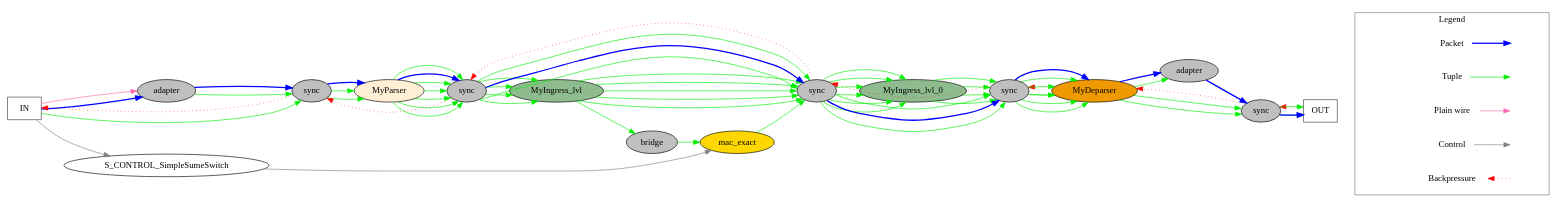
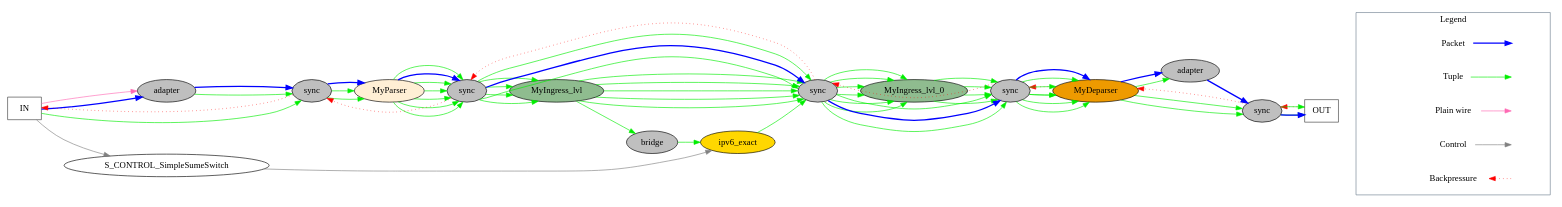
The diagram in nf_sume_sdnet_ip/SimpleSumeSwitch/SimpleSumeSwitch_0_elaborated.dot (guimvmatos/srv6Project_NetFPGA), drawn with Graphviz before and after one commit. The commit also changed 496 other files, not shown here.

```diff
--- a/nf_sume_sdnet_ip/SimpleSumeSwitch/SimpleSumeSwitch_0_elaborated.dot
+++ b/nf_sume_sdnet_ip/SimpleSumeSwitch/SimpleSumeSwitch_0_elaborated.dot
@@ -1,119 +1,119 @@
 digraph SimpleSumeSwitch {
 rankdir = LR;
 _IN_[label = "IN", shape=box, color = gray24,  fontname="times:italic"  ];
 _OUT_[label = "OUT", shape=box, color = gray24,  fontname="times:italic"  ];
 MyParser[style = filled, fillcolor = papayawhip ];
 MyIngress_lvl[style = filled, fillcolor = darkseagreen ];
-mac_exact[style = filled, fillcolor = gold ];
+ipv6_exact[style = filled, fillcolor = gold ];
 MyIngress_lvl_0[style = filled, fillcolor = darkseagreen ];
 MyDeparser[style = filled, fillcolor = orange2 ];
-S_BRIDGER_for_mac_exact_tuple_in_request[label = "bridge", style = filled, fillcolor=gray75 ];
+S_BRIDGER_for_ipv6_exact_tuple_in_request[label = "bridge", style = filled, fillcolor=gray75 ];
 S_PROTOCOL_ADAPTER_INGRESS[label = "adapter", style = filled, fillcolor=gray75 ];
 S_PROTOCOL_ADAPTER_EGRESS[label = "adapter", style = filled, fillcolor=gray75 ];
 S_SYNCER_for_MyParser[label = "sync", style = filled, fillcolor=gray75 ];
 S_SYNCER_for_S_SYNCER_for_S_SYNCER_for_MyDeparser[label = "sync", style = filled, fillcolor=gray75 ];
 S_SYNCER_for_S_SYNCER_for_MyDeparser[label = "sync", style = filled, fillcolor=gray75 ];
 S_SYNCER_for_MyDeparser[label = "sync", style = filled, fillcolor=gray75 ];
 S_SYNCER_for__OUT_[label = "sync", style = filled, fillcolor=gray75 ];
-MyIngress_lvl -> S_BRIDGER_for_mac_exact_tuple_in_request [color=green2] ;
-S_BRIDGER_for_mac_exact_tuple_in_request -> mac_exact [color=green2] ;
+MyIngress_lvl -> S_BRIDGER_for_ipv6_exact_tuple_in_request [color=green2] ;
+S_BRIDGER_for_ipv6_exact_tuple_in_request -> ipv6_exact [color=green2] ;
 _IN_ -> S_PROTOCOL_ADAPTER_INGRESS [color=blue, style = bold] ;
 MyDeparser -> S_PROTOCOL_ADAPTER_EGRESS [color=green2] ;
 MyDeparser -> S_PROTOCOL_ADAPTER_EGRESS [color=blue, style = bold] ;
 _IN_ -> S_SYNCER_for_MyParser [color=green2] ;
 S_SYNCER_for_MyParser -> MyParser [color=green2] ;
 S_PROTOCOL_ADAPTER_INGRESS -> S_SYNCER_for_MyParser [color=green2] ;
 S_SYNCER_for_MyParser -> MyParser [color=green2] ;
 S_PROTOCOL_ADAPTER_INGRESS -> S_SYNCER_for_MyParser [color=blue, style = bold] ;
 S_SYNCER_for_MyParser -> MyParser [color=blue, style = bold] ;
 MyParser -> S_SYNCER_for_S_SYNCER_for_S_SYNCER_for_MyDeparser [color=green2] ;
 S_SYNCER_for_S_SYNCER_for_S_SYNCER_for_MyDeparser -> MyIngress_lvl [color=green2] ;
 MyParser -> S_SYNCER_for_S_SYNCER_for_S_SYNCER_for_MyDeparser [color=green2] ;
 S_SYNCER_for_S_SYNCER_for_S_SYNCER_for_MyDeparser -> MyIngress_lvl [color=green2] ;
 MyParser -> S_SYNCER_for_S_SYNCER_for_S_SYNCER_for_MyDeparser [color=green2] ;
 S_SYNCER_for_S_SYNCER_for_S_SYNCER_for_MyDeparser -> MyIngress_lvl [color=green2] ;
 MyParser -> S_SYNCER_for_S_SYNCER_for_S_SYNCER_for_MyDeparser [color=green2] ;
 S_SYNCER_for_S_SYNCER_for_S_SYNCER_for_MyDeparser -> MyIngress_lvl [color=green2] ;
 MyParser -> S_SYNCER_for_S_SYNCER_for_S_SYNCER_for_MyDeparser [color=green2] ;
 MyParser -> S_SYNCER_for_S_SYNCER_for_S_SYNCER_for_MyDeparser [color=blue, style = bold] ;
 MyParser -> S_SYNCER_for_S_SYNCER_for_S_SYNCER_for_MyDeparser [color=green2] ;
 MyIngress_lvl -> S_SYNCER_for_S_SYNCER_for_MyDeparser [color=green2] ;
 S_SYNCER_for_S_SYNCER_for_MyDeparser -> MyIngress_lvl_0 [color=green2] ;
 MyIngress_lvl -> S_SYNCER_for_S_SYNCER_for_MyDeparser [color=green2] ;
 S_SYNCER_for_S_SYNCER_for_MyDeparser -> MyIngress_lvl_0 [color=green2] ;
 MyIngress_lvl -> S_SYNCER_for_S_SYNCER_for_MyDeparser [color=green2] ;
 S_SYNCER_for_S_SYNCER_for_MyDeparser -> MyIngress_lvl_0 [color=green2] ;
 MyIngress_lvl -> S_SYNCER_for_S_SYNCER_for_MyDeparser [color=green2] ;
 S_SYNCER_for_S_SYNCER_for_MyDeparser -> MyIngress_lvl_0 [color=green2] ;
 MyIngress_lvl -> S_SYNCER_for_S_SYNCER_for_MyDeparser [color=green2] ;
 S_SYNCER_for_S_SYNCER_for_MyDeparser -> MyIngress_lvl_0 [color=green2] ;
-mac_exact -> S_SYNCER_for_S_SYNCER_for_MyDeparser [color=green2] ;
+ipv6_exact -> S_SYNCER_for_S_SYNCER_for_MyDeparser [color=green2] ;
 S_SYNCER_for_S_SYNCER_for_MyDeparser -> MyIngress_lvl_0 [color=green2] ;
 S_SYNCER_for_S_SYNCER_for_S_SYNCER_for_MyDeparser -> S_SYNCER_for_S_SYNCER_for_MyDeparser [color=green2] ;
 S_SYNCER_for_S_SYNCER_for_S_SYNCER_for_MyDeparser -> S_SYNCER_for_S_SYNCER_for_MyDeparser [color=blue, style = bold] ;
 S_SYNCER_for_S_SYNCER_for_S_SYNCER_for_MyDeparser -> S_SYNCER_for_S_SYNCER_for_MyDeparser [color=green2] ;
 MyIngress_lvl_0 -> S_SYNCER_for_MyDeparser [color=green2] ;
 S_SYNCER_for_MyDeparser -> MyDeparser [color=green2] ;
 MyIngress_lvl_0 -> S_SYNCER_for_MyDeparser [color=green2] ;
 S_SYNCER_for_MyDeparser -> MyDeparser [color=green2] ;
 MyIngress_lvl_0 -> S_SYNCER_for_MyDeparser [color=green2] ;
 S_SYNCER_for_MyDeparser -> MyDeparser [color=green2] ;
 MyIngress_lvl_0 -> S_SYNCER_for_MyDeparser [color=green2] ;
 S_SYNCER_for_MyDeparser -> MyDeparser [color=green2] ;
 S_SYNCER_for_S_SYNCER_for_MyDeparser -> S_SYNCER_for_MyDeparser [color=green2] ;
 S_SYNCER_for_MyDeparser -> MyDeparser [color=green2] ;
 S_SYNCER_for_S_SYNCER_for_MyDeparser -> S_SYNCER_for_MyDeparser [color=blue, style = bold] ;
 S_SYNCER_for_MyDeparser -> MyDeparser [color=blue, style = bold] ;
 S_SYNCER_for_S_SYNCER_for_MyDeparser -> S_SYNCER_for_MyDeparser [color=green2] ;
 S_SYNCER_for_MyDeparser -> MyDeparser [color=green2] ;
 MyDeparser -> S_SYNCER_for__OUT_ [color=green2] ;
 S_SYNCER_for__OUT_ -> _OUT_ [color=green2] ;
 MyDeparser -> S_SYNCER_for__OUT_ [color=green2] ;
 S_SYNCER_for__OUT_ -> _OUT_ [color=green2] ;
 S_PROTOCOL_ADAPTER_EGRESS -> S_SYNCER_for__OUT_ [color=blue, style = bold] ;
 S_SYNCER_for__OUT_ -> _OUT_ [color=blue, style = bold] ;
-S_CONTROL_SimpleSumeSwitch -> mac_exact [color=gray] ;
+S_CONTROL_SimpleSumeSwitch -> ipv6_exact [color=gray] ;
 _IN_ -> S_CONTROL_SimpleSumeSwitch [color=gray] ;
 _IN_ -> S_PROTOCOL_ADAPTER_INGRESS [color=hotpink] ;
 S_SYNCER_for__OUT_ -> MyDeparser [color=red] [style=dotted] [constraint=false] ;
 S_SYNCER_for_MyDeparser -> S_SYNCER_for_S_SYNCER_for_MyDeparser [color=red] [style=dotted] [constraint=false] ;
 S_SYNCER_for_S_SYNCER_for_MyDeparser -> S_SYNCER_for_S_SYNCER_for_S_SYNCER_for_MyDeparser [color=red] [style=dotted] [constraint=false] ;
 S_SYNCER_for_S_SYNCER_for_S_SYNCER_for_MyDeparser -> S_SYNCER_for_MyParser [color=red] [style=dotted] [constraint=false] ;
 S_SYNCER_for_MyParser -> _IN_ [color=red] [style=dotted] [constraint=false] ;
 MyDeparser -> S_SYNCER_for_MyDeparser [color=red] [style=dotted] [constraint=false] ;
 _OUT_ -> S_SYNCER_for__OUT_ [color=red] [style=dotted] [constraint=false] ;
 subgraph cluster_0 { 
     node [shape=plaintext];
     
     k4 [label = "Backpressure" ];
     k1 [label = "Control" ]; 
     k5 [label = "Plain wire" ];
     k3 [label = "Tuple" ];
     k2 [label = "Packet" ];
 
     d1 [label = "" ];
     d2 [label = "" ];
     d3 [label = "" ];
     d4 [label = "" ];
     d5 [label = "" ];
 
     anchor [label = "" ];
     
     anchor -> k2 [style=invis];
     anchor -> k3 [style=invis];  
     anchor -> k1 [style=invis];
     anchor -> k5 [style=invis];  
     anchor -> k4 [style=invis];  
     
     k2 -> d2 [color=blue, style=bold];
     k3 -> d3 [color=green2];
     k1 -> d1 [color=gray];
     k5 -> d5 [color=hotpink];
     k4 -> d4 [color=red, style=dotted, dir=back];
     
     label = "Legend"; fontname="times:bold";
     color=SlateGray
 }
 _OUT_ -> anchor [style=invis];
 
 }
```
